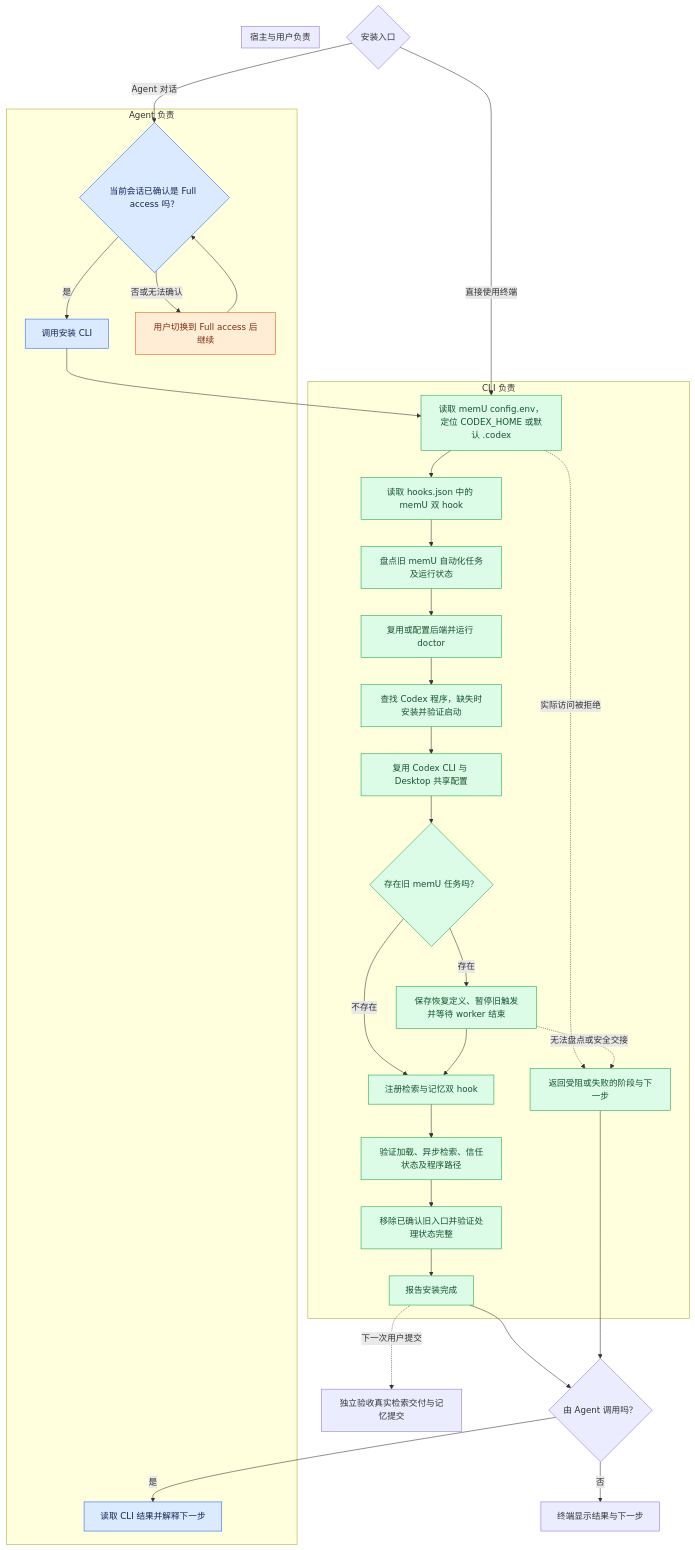
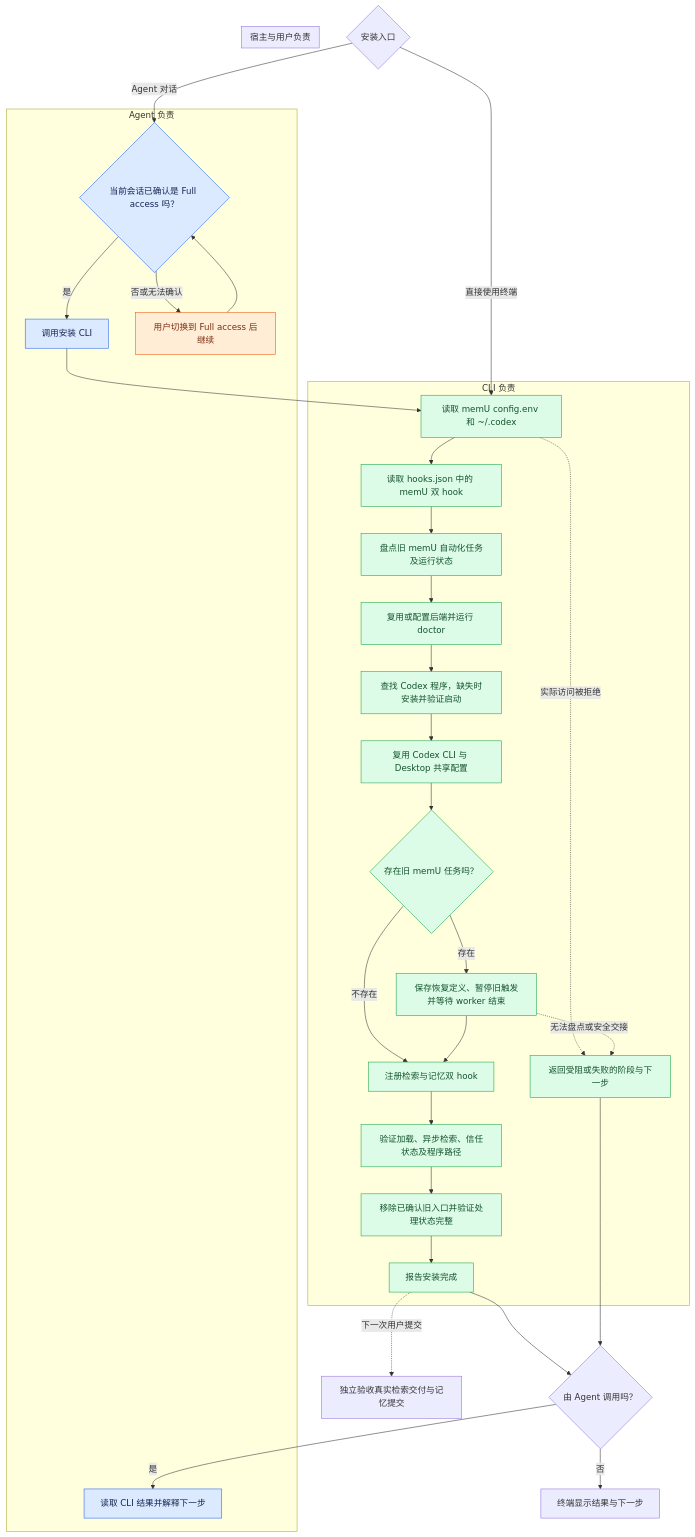
One commit to NevaMind-AI/memU changed the diagram in docs/codex-cli-installation.md. Above: the diagram before and after it, drawn with Mermaid. The commit also changed other lines of this file, not shown here.

Commit message:
docs(codex): use default configuration directory in install plan

````diff
--- a/docs/codex-cli-installation.md
+++ b/docs/codex-cli-installation.md
@@ -39,46 +39,46 @@
 ```mermaid
 flowchart TD
     Start{安装入口}
     Start -->|Agent 对话| A1
     Start -->|直接使用终端| C1
     subgraph Agent[Agent 负责]
         A1{当前会话已确认是 Full access 吗？}
         A1 -->|是| A3[调用安装 CLI]
         A1 -->|否或无法确认| U2
         A5[读取 CLI 结果并解释下一步]
     end
     subgraph Host[宿主与用户负责]
         U2[用户切换到 Full access 后继续]
         U2 --> A1
     end
     subgraph CLI[CLI 负责]
-        C1[读取 memU config.env，定位 CODEX_HOME 或默认 .codex]
+        C1[读取 memU config.env 和 ~/.codex]
         C1 --> InspectHooks[读取 hooks.json 中的 memU 双 hook]
         InspectHooks --> InspectTasks[盘点旧 memU 自动化任务及运行状态]
         InspectTasks --> C2[复用或配置后端并运行 doctor]
         C2 --> C3[查找 Codex 程序，缺失时安装并验证启动]
         C3 --> SharedConfig[复用 Codex CLI 与 Desktop 共享配置]
         SharedConfig --> C7{存在旧 memU 任务吗？}
         C7 -->|存在| C8[保存恢复定义、暂停旧触发并等待 worker 结束]
         C7 -->|不存在| C9[注册检索与记忆双 hook]
         C8 --> C9
         C9 --> C10[验证加载、异步检索、信任状态及程序路径]
         C10 --> C11[移除已确认旧入口并验证处理状态完整]
         C11 --> Done[报告安装完成]
         Blocked[返回受阻或失败的阶段与下一步]
     end
     A3 --> C1
     C1 -. 实际访问被拒绝 .-> Blocked
     C8 -. 无法盘点或安全交接 .-> Blocked
     Done --> Route{由 Agent 调用吗？}
     Blocked --> Route
     Route -->|是| A5
     Route -->|否| Terminal[终端显示结果与下一步]
     Done -. 下一次用户提交 .-> Runtime[独立验收真实检索交付与记忆提交]
     classDef agent fill:#dbeafe,stroke:#2563eb,color:#172554;
     classDef cli fill:#dcfce7,stroke:#16a34a,color:#14532d;
     classDef host fill:#ffedd5,stroke:#ea580c,color:#7c2d12;
     class A1,A3,A5 agent;
     class C1,InspectHooks,InspectTasks,C2,C3,SharedConfig,C7,C8,C9,C10,C11,Done,Blocked cli;
     class U2 host;
 ```
````
